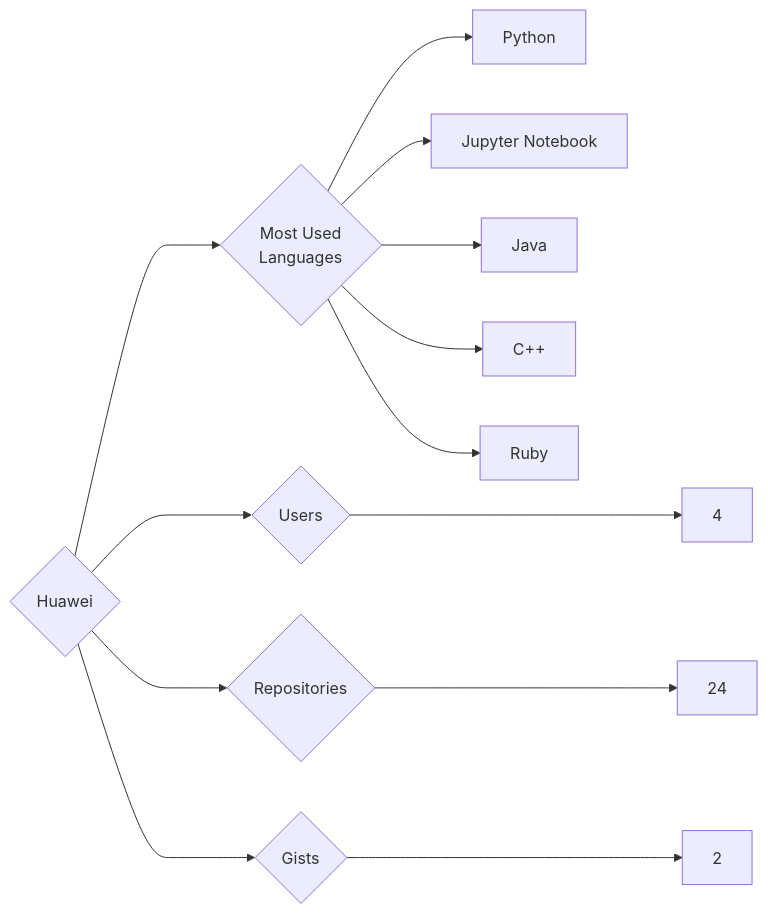
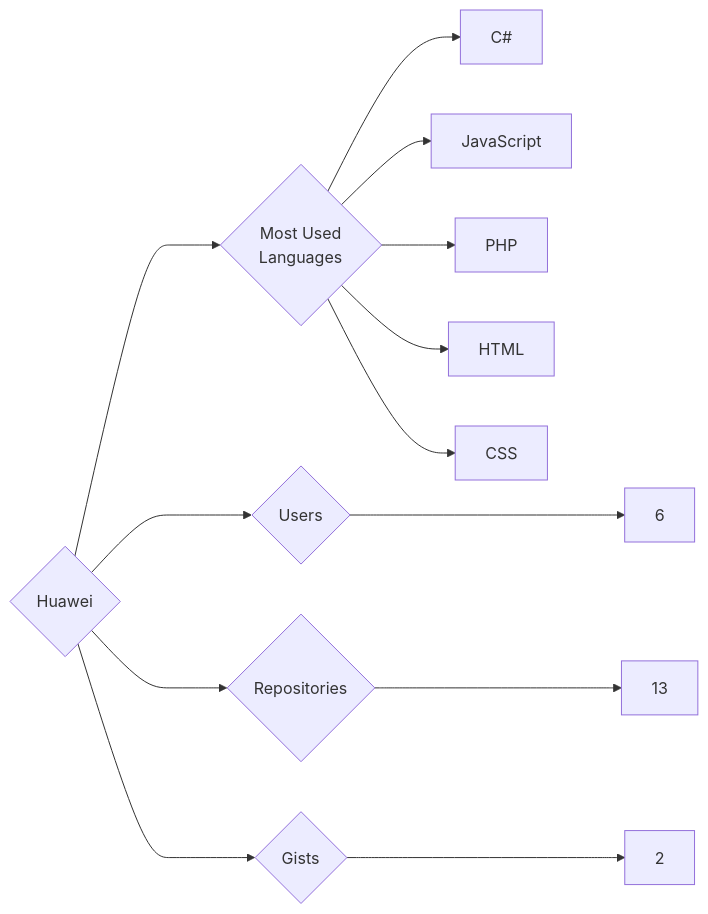
Before and after one commit to trickest/insiders: the diagram in targets/Huawei/README.md, drawn with Mermaid. The commit also changed 1078 other files, not shown here.

````diff
--- a/targets/Huawei/README.md
+++ b/targets/Huawei/README.md
@@ -3,13 +3,13 @@
 ```mermaid
 graph LR
 COMPANY_NAME{Huawei}
-COMPANY_NAME ---> U{Users} ---> UN[4]
-COMPANY_NAME ---> R{Repositories} ---> RN[24]
+COMPANY_NAME ---> U{Users} ---> UN[6]
+COMPANY_NAME ---> R{Repositories} ---> RN[13]
 COMPANY_NAME ---> G{Gists} ---> GN[2]
 COMPANY_NAME ---> ML{Most Used<br>Languages}
-ML --> Python[Python]
-ML --> Jupyter_Notebook[Jupyter Notebook]
-ML --> Java[Java]
-ML --> C++[C++]
-ML --> Ruby[Ruby]
+ML --> C#[C#]
+ML --> JavaScript[JavaScript]
+ML --> PHP[PHP]
+ML --> HTML[HTML]
+ML --> CSS[CSS]
 ```
````
